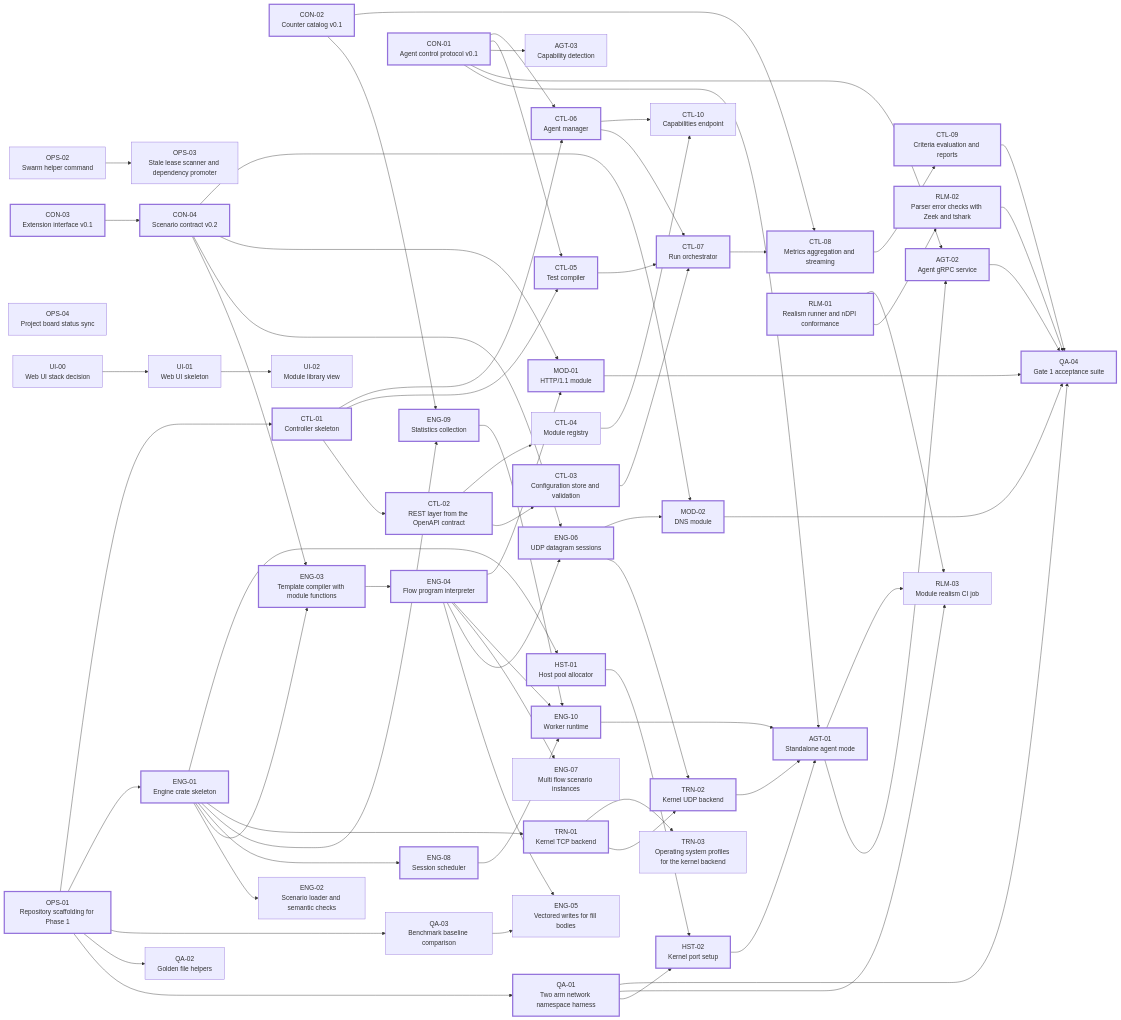
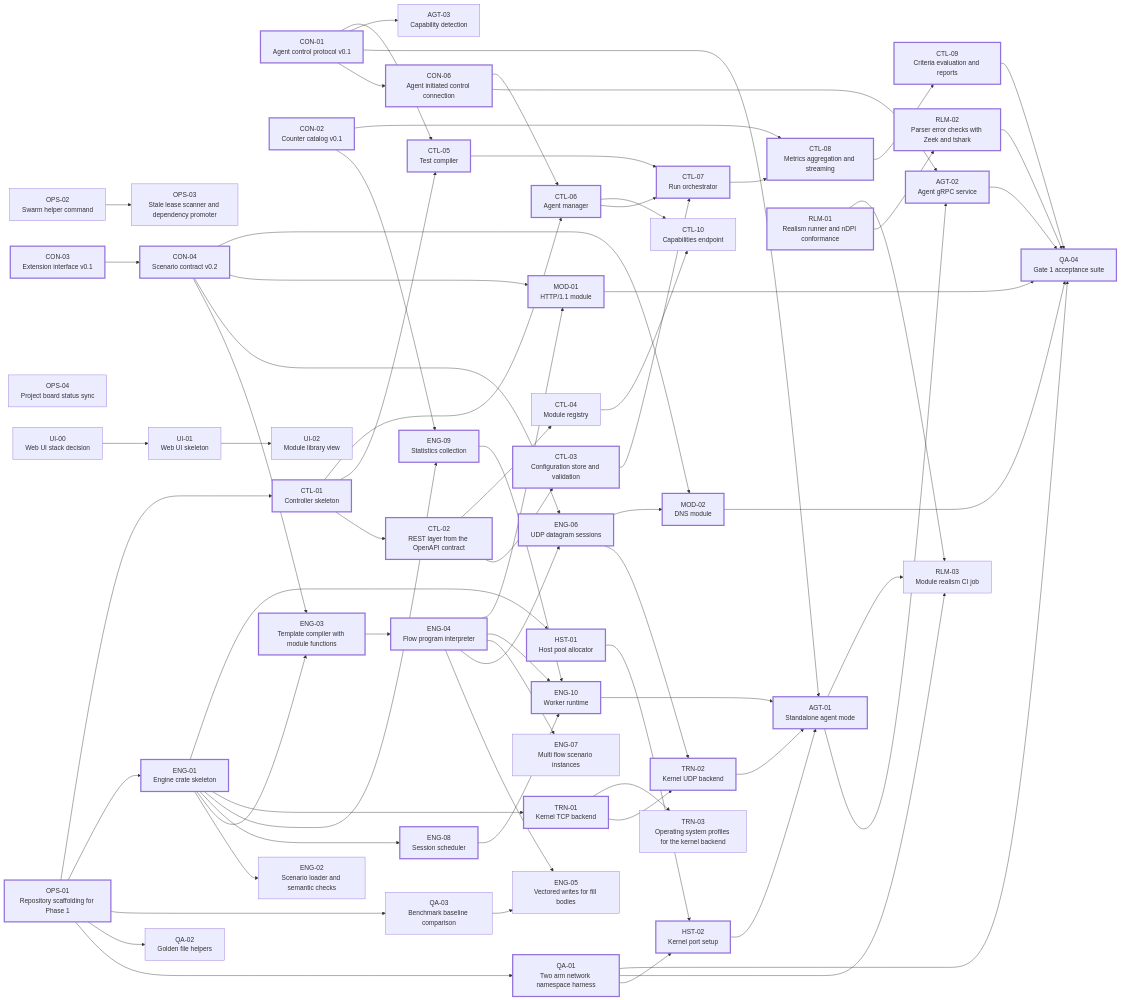
The diagram in docs/wiki/Work-Packages-Phase-1.md (alrawi/FixingPointSystem), drawn with Mermaid before and after one commit. The commit also changed other lines of this file and 2 other files, not shown here.

First line of the commit message:
Add CON-06 for agent initiated control connections

````diff
--- a/docs/wiki/Work-Packages-Phase-1.md
+++ b/docs/wiki/Work-Packages-Phase-1.md
@@ -22,6 +22,7 @@
   CON_02["CON-02<br/>Counter catalog v0.1"]
   CON_03["CON-03<br/>Extension interface v0.1"]
   CON_04["CON-04<br/>Scenario contract v0.2"]
+  CON_06["CON-06<br/>Agent initiated control connection"]
   ENG_01["ENG-01<br/>Engine crate skeleton"]
   ENG_02["ENG-02<br/>Scenario loader and semantic checks"]
   ENG_03["ENG-03<br/>Template compiler with module functions"]
@@ -64,6 +65,7 @@
   OPS_01 --> QA_02
   OPS_01 --> QA_03
   CON_03 --> CON_04
+  CON_01 --> CON_06
   OPS_01 --> ENG_01
   ENG_01 --> ENG_02
   ENG_01 --> ENG_03
@@ -92,7 +94,7 @@
   HST_02 --> AGT_01
   CON_01 --> AGT_01
   AGT_01 --> AGT_02
-  CON_01 --> AGT_02
+  CON_06 --> AGT_02
   CON_01 --> AGT_03
   OPS_01 --> CTL_01
   CTL_01 --> CTL_02
@@ -101,7 +103,7 @@
   CTL_01 --> CTL_05
   CON_01 --> CTL_05
   CTL_01 --> CTL_06
-  CON_01 --> CTL_06
+  CON_06 --> CTL_06
   CTL_03 --> CTL_07
   CTL_05 --> CTL_07
   CTL_06 --> CTL_07
@@ -127,5 +129,5 @@
   UI_00 --> UI_01
   UI_01 --> UI_02
   classDef critical stroke-width:3px
-  class OPS_01,QA_01,CON_01,CON_02,CON_03,CON_04,ENG_01,ENG_03,ENG_04,ENG_06,ENG_08,ENG_09,ENG_10,TRN_01,TRN_02,HST_01,HST_02,AGT_01,AGT_02,CTL_01,CTL_02,CTL_03,CTL_05,CTL_06,CTL_07,CTL_08,CTL_09,MOD_01,MOD_02,RLM_01,RLM_02,QA_04 critical
+  class OPS_01,QA_01,CON_01,CON_02,CON_03,CON_04,CON_06,ENG_01,ENG_03,ENG_04,ENG_06,ENG_08,ENG_09,ENG_10,TRN_01,TRN_02,HST_01,HST_02,AGT_01,AGT_02,CTL_01,CTL_02,CTL_03,CTL_05,CTL_06,CTL_07,CTL_08,CTL_09,MOD_01,MOD_02,RLM_01,RLM_02,QA_04 critical
 ```
````
